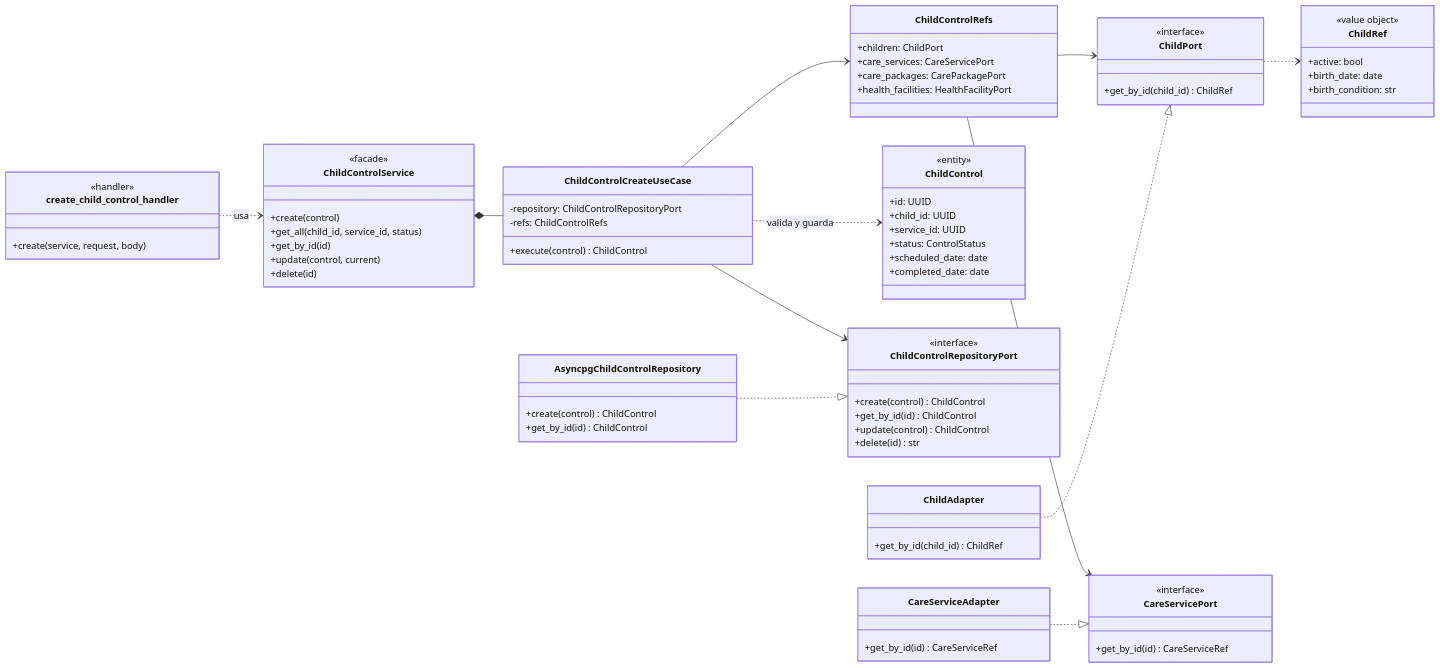
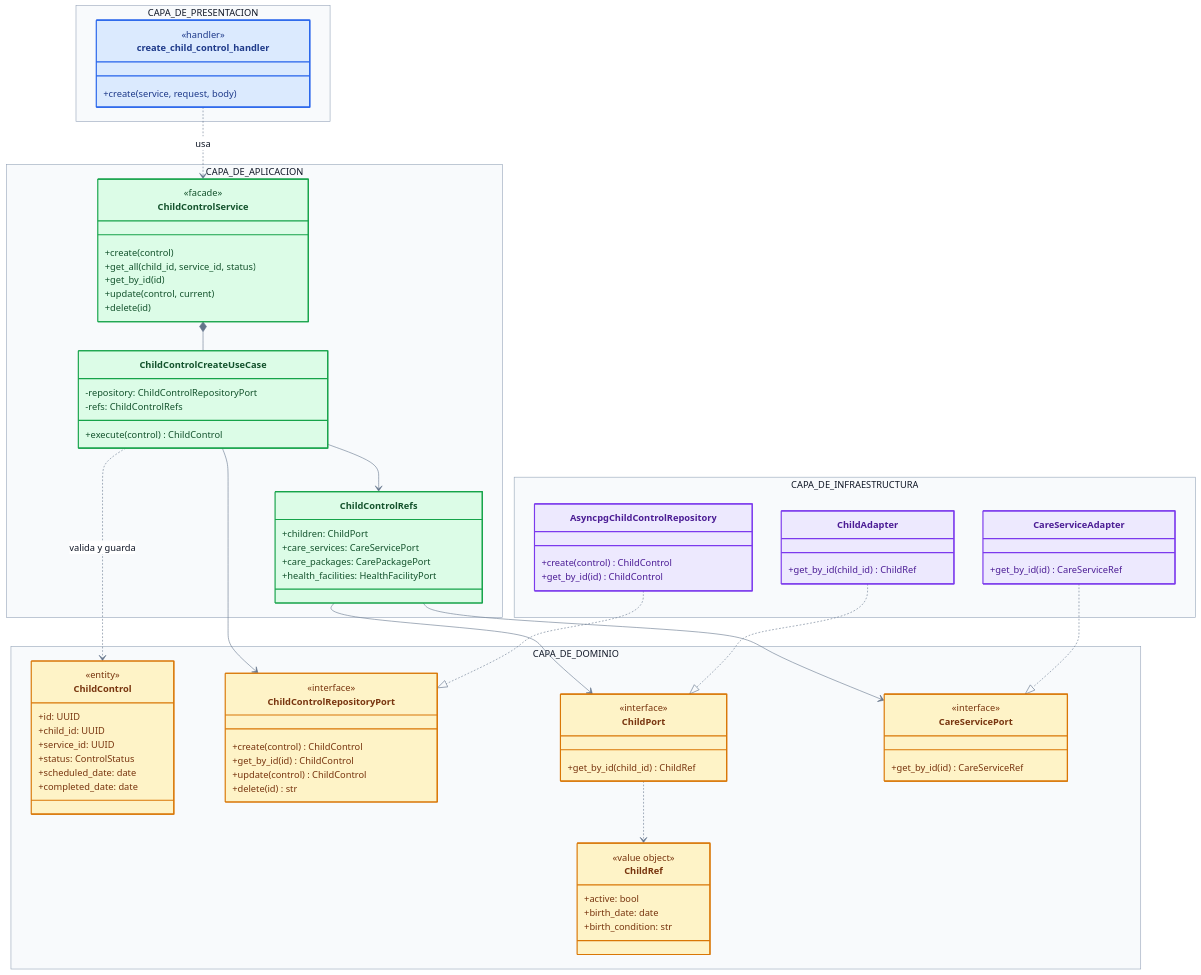
One commit to germanAmiqueroPeralta/SPRINT1 changed the first of 2 diagrams in docs/04-modelo-c4/nivel-4-codigo.md. Above: the diagram before and after it, drawn with Mermaid. The commit also changed other lines of this file and 1 other file, not shown here.

````diff
--- a/docs/04-modelo-c4/nivel-4-codigo.md
+++ b/docs/04-modelo-c4/nivel-4-codigo.md
@@ -22,76 +22,81 @@
 ```mermaid
+%%{init: {"theme": "base", "themeVariables": {"primaryColor": "#ffffff", "primaryTextColor": "#111827", "primaryBorderColor": "#475569", "lineColor": "#64748b", "textColor": "#111827", "titleColor": "#111827", "edgeLabelBackground": "#ffffff", "clusterBkg": "#f8fafc", "clusterBorder": "#94a3b8"}}}%%
 classDiagram
-    direction LR
+    direction TB
 
-    %% Presentación
-    class create_child_control_handler {
-        <<handler>>
-        +create(service, request, body)
-    }
-    class ChildControlService {
-        <<facade>>
-        +create(control)
-        +get_all(child_id, service_id, status)
-        +get_by_id(id)
-        +update(control, current)
-        +delete(id)
+    namespace CAPA_DE_PRESENTACION {
+        class create_child_control_handler {
+            <<handler>>
+            +create(service, request, body)
+        }
     }
 
-    %% Aplicación
-    class ChildControlCreateUseCase {
-        -repository: ChildControlRepositoryPort
-        -refs: ChildControlRefs
-        +execute(control) ChildControl
-    }
-    class ChildControlRefs {
-        +children: ChildPort
-        +care_services: CareServicePort
-        +care_packages: CarePackagePort
-        +health_facilities: HealthFacilityPort
+    namespace CAPA_DE_APLICACION {
+        class ChildControlService {
+            <<facade>>
+            +create(control)
+            +get_all(child_id, service_id, status)
+            +get_by_id(id)
+            +update(control, current)
+            +delete(id)
+        }
+        class ChildControlCreateUseCase {
+            -repository: ChildControlRepositoryPort
+            -refs: ChildControlRefs
+            +execute(control) ChildControl
+        }
+        class ChildControlRefs {
+            +children: ChildPort
+            +care_services: CareServicePort
+            +care_packages: CarePackagePort
+            +health_facilities: HealthFacilityPort
+        }
     }
 
-    %% Dominio
-    class ChildControl {
-        <<entity>>
-        +id: UUID
-        +child_id: UUID
-        +service_id: UUID
-        +status: ControlStatus
-        +scheduled_date: date
-        +completed_date: date
-    }
-    class ChildControlRepositoryPort {
-        <<interface>>
-        +create(control) ChildControl
-        +get_by_id(id) ChildControl
-        +update(control) ChildControl
-        +delete(id) str
-    }
-    class ChildPort {
-        <<interface>>
-        +get_by_id(child_id) ChildRef
-    }
-    class CareServicePort {
-        <<interface>>
-        +get_by_id(id) CareServiceRef
-    }
-    class ChildRef {
-        <<value object>>
-        +active: bool
-        +birth_date: date
-        +birth_condition: str
+    namespace CAPA_DE_DOMINIO {
+        class ChildControl {
+            <<entity>>
+            +id: UUID
+            +child_id: UUID
+            +service_id: UUID
+            +status: ControlStatus
+            +scheduled_date: date
+            +completed_date: date
+        }
+        class ChildControlRepositoryPort {
+            <<interface>>
+            +create(control) ChildControl
+            +get_by_id(id) ChildControl
+            +update(control) ChildControl
+            +delete(id) str
+        }
+        class ChildPort {
+            <<interface>>
+            +get_by_id(child_id) ChildRef
+        }
+        class CareServicePort {
+            <<interface>>
+            +get_by_id(id) CareServiceRef
+        }
+        class ChildRef {
+            <<value object>>
+            +active: bool
+            +birth_date: date
+            +birth_condition: str
+        }
     }
 
-    %% Infraestructura
-    class AsyncpgChildControlRepository {
-        +create(control) ChildControl
-        +get_by_id(id) ChildControl
-    }
-    class ChildAdapter {
-        +get_by_id(child_id) ChildRef
-    }
-    class CareServiceAdapter {
-        +get_by_id(id) CareServiceRef
+    namespace CAPA_DE_INFRAESTRUCTURA {
+        class AsyncpgChildControlRepository {
+            +create(control) ChildControl
+            +get_by_id(id) ChildControl
+        }
+        class ChildAdapter {
+            +get_by_id(child_id) ChildRef
+        }
+        class CareServiceAdapter {
+            +get_by_id(id) CareServiceRef
+        }
     }
 
     create_child_control_handler ..> ChildControlService : usa
@@ -105,4 +110,17 @@
     AsyncpgChildControlRepository ..|> ChildControlRepositoryPort
     ChildAdapter ..|> ChildPort
     CareServiceAdapter ..|> CareServicePort
+
+    style create_child_control_handler fill:#dbeafe,stroke:#2563eb,stroke-width:2px,color:#1e3a8a
+    style ChildControlService fill:#dcfce7,stroke:#16a34a,stroke-width:2px,color:#14532d
+    style ChildControlCreateUseCase fill:#dcfce7,stroke:#16a34a,stroke-width:2px,color:#14532d
+    style ChildControlRefs fill:#dcfce7,stroke:#16a34a,stroke-width:2px,color:#14532d
+    style ChildControl fill:#fef3c7,stroke:#d97706,stroke-width:2px,color:#78350f
+    style ChildControlRepositoryPort fill:#fef3c7,stroke:#d97706,stroke-width:2px,color:#78350f
+    style ChildPort fill:#fef3c7,stroke:#d97706,stroke-width:2px,color:#78350f
+    style CareServicePort fill:#fef3c7,stroke:#d97706,stroke-width:2px,color:#78350f
+    style ChildRef fill:#fef3c7,stroke:#d97706,stroke-width:2px,color:#78350f
+    style AsyncpgChildControlRepository fill:#ede9fe,stroke:#7c3aed,stroke-width:2px,color:#4c1d95
+    style ChildAdapter fill:#ede9fe,stroke:#7c3aed,stroke-width:2px,color:#4c1d95
+    style CareServiceAdapter fill:#ede9fe,stroke:#7c3aed,stroke-width:2px,color:#4c1d95
 ```
````
